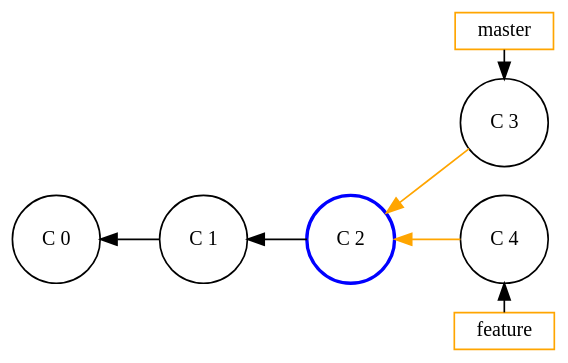
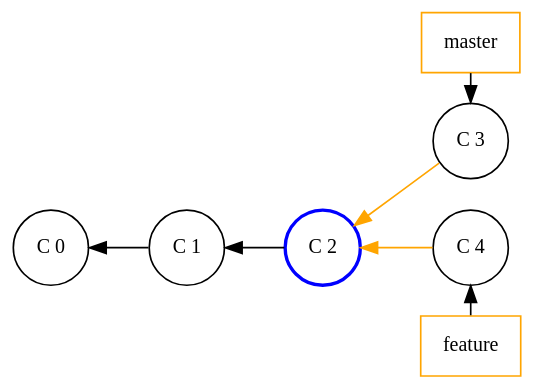
The diagram in slides/intro/src/docs/asciidoc/graphviz/git-rebase-1.dot (Gepardec/git-training), drawn with Graphviz before and after one commit. The commit also changed 8 other files, not shown here.

Commit message:
- Some changes on graphs - Added section about git commit, branch, tags (labels in common)

```diff
--- a/slides/intro/src/docs/asciidoc/graphviz/git-rebase-1.dot
+++ b/slides/intro/src/docs/asciidoc/graphviz/git-rebase-1.dot
@@ -1,37 +1,37 @@
 digraph git_merge_fast_fwd {
     splines=line
     rankdir=LR
     bgcolor=transparent
 
-    node[height=0.3, shape=rect,fontsize=12.0, style="", color=orange]
+    node[shape=rect,fontsize=12.0, style="", color=orange]
     edge[dir=back, style=""]
     master [label="master"]
     feature [label="feature"]
 
     node[shape=circle,fontsize=12.0, style="", color=""]
     edge[dir=back, style=""]
 
     c_0 [label="C 0", group=master]
     c_1 [label="C 1", group=master]
     c_3 [label="C 3", group=branch]
     c_4 [label="C 4", group=master]
 
     /* Marked nodes */
     node[color=blue, style=bold]
     c_2 [label="C 2", group=master]
 
     edge[style=""]
     c_0 -> c_1 -> c_2
     edge[color=orange]
     c_2 -> c_4
     c_2 -> c_3
 
     edge[color=""]
     master -> c_3 [dir=""]
     c_4 -> feature
 
 
     {rank=same; master c_3}
     {rank=same; c_4 feature}
 
 }
```
